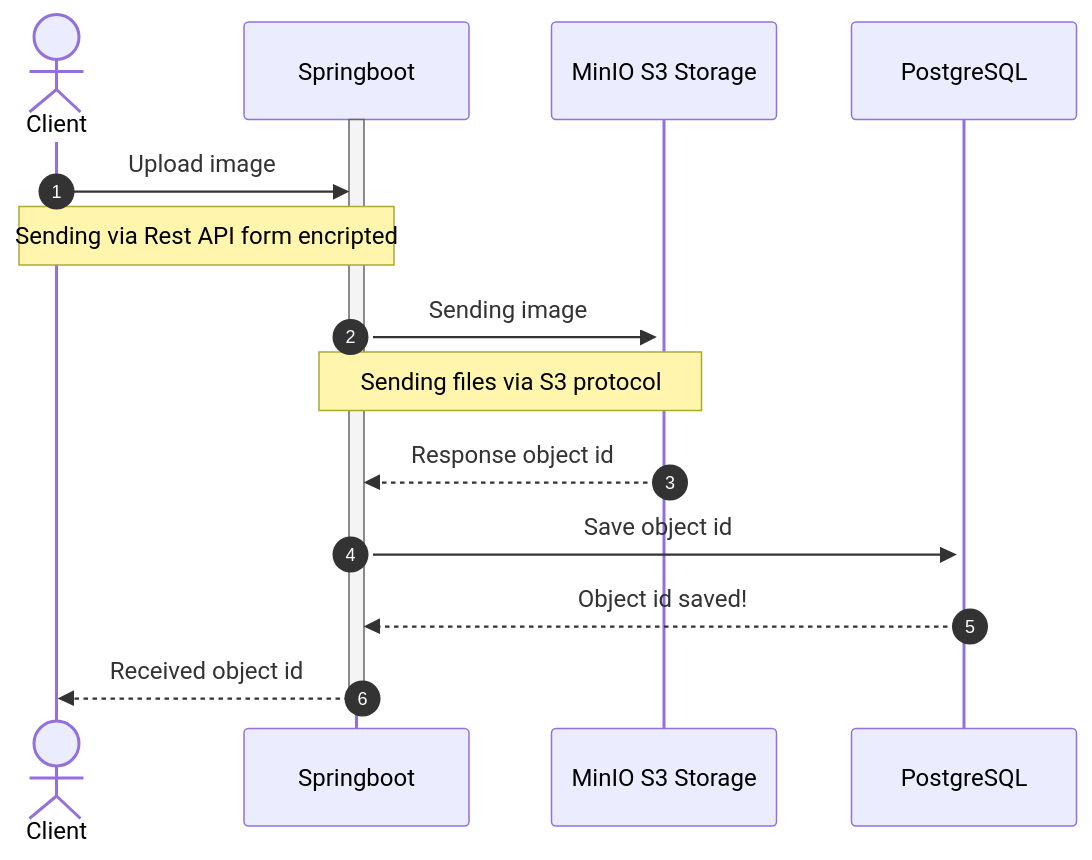
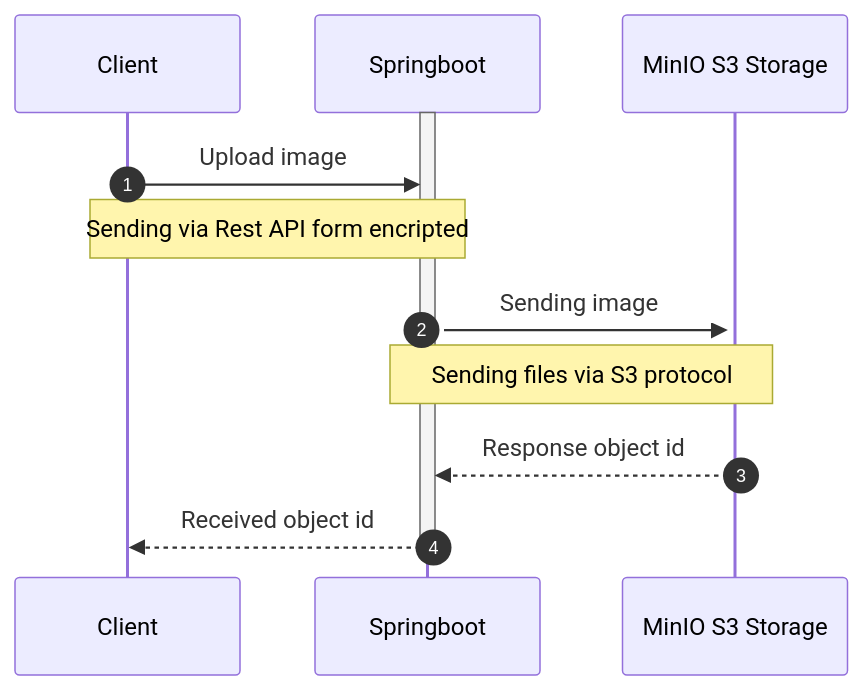
The first of 2 diagrams in README.md (dimMaryanto93/springboot-angular-aws-s3-minio-example), drawn with Mermaid before and after one commit. The commit also changed other lines of this file, not shown here.

````diff
--- a/README.md
+++ b/README.md
@@ -19,22 +19,18 @@
 ```mermaid
 sequenceDiagram
     autonumber
-    actor client AS Client
+    participant client AS Client
     participant backend AS Springboot
     participant minio AS MinIO S3 Storage
-    participant postgres AS PostgreSQL
 
     activate backend
     activate minio
-    activate postgres
 
     client->>backend: Upload image
     Note over client,backend: Sending via Rest API form encripted
     backend->>minio: Sending image
     Note over backend,minio: Sending files via S3 protocol
     minio-->>backend: Response object id
-    backend->>postgres: Save object id
-    postgres-->>backend: Object id saved!
     backend-->>client: Received object id
     deactivate backend
 ```
````
